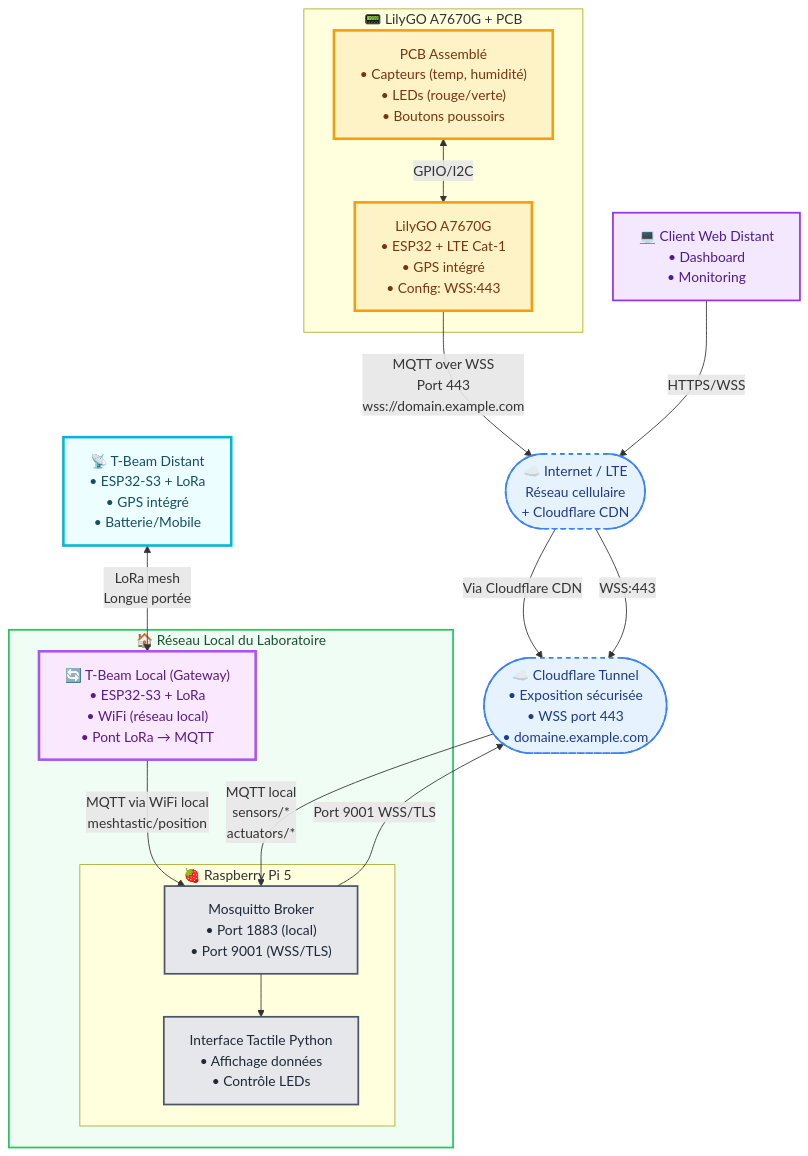
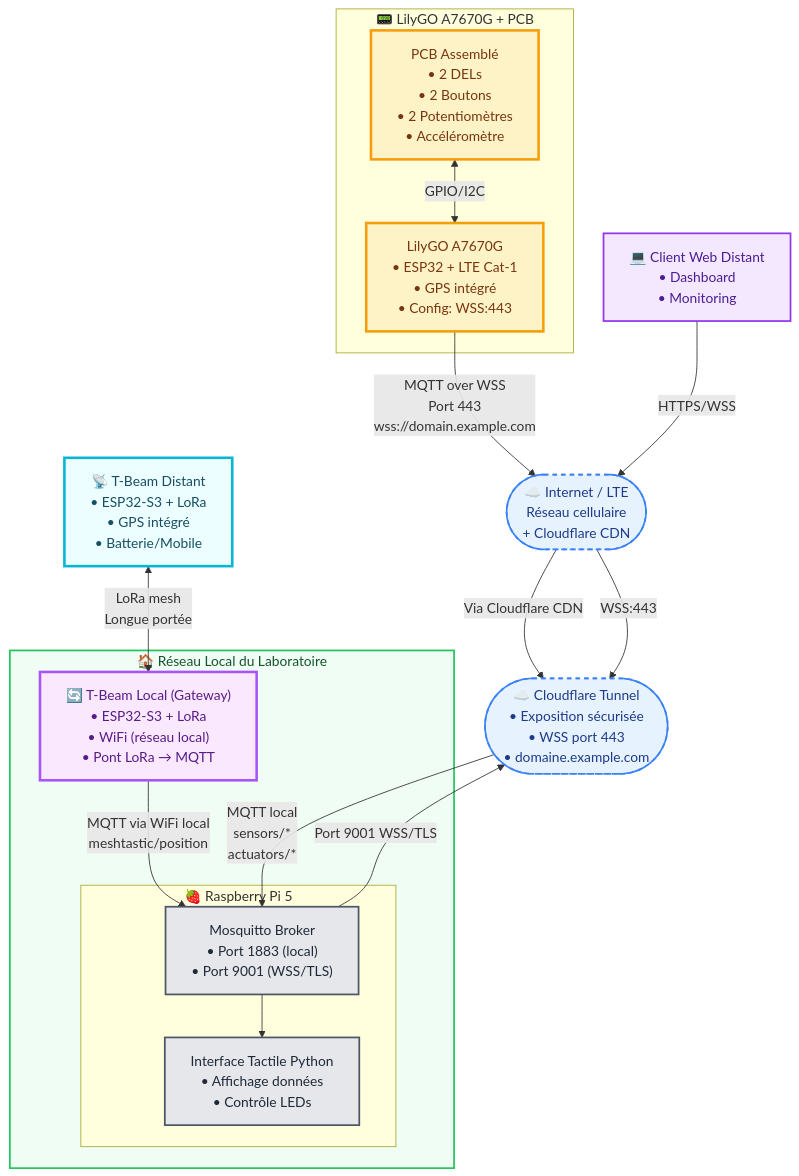
One commit to fpoisson2/243-4J5-LI changed the first of 3 diagrams in architecture-finale-projet.md. Above: the diagram before and after it, drawn with Mermaid. The commit also changed other lines of this file and 4 other files, not shown here.

````diff
--- a/architecture-finale-projet.md
+++ b/architecture-finale-projet.md
@@ -8,65 +8,65 @@
 ```mermaid
 graph TB
     subgraph Device_LTE["📟 LilyGO A7670G + PCB"]
-        PCB["PCB Assemblé<br/>• Capteurs (temp, humidité)<br/>• LEDs (rouge/verte)<br/>• Boutons poussoirs"]
+        PCB["PCB Assemblé<br/>• 2 DELs<br/>• 2 Boutons<br/>• 2 Potentiomètres<br/>• Accéléromètre"]
 
         A7670G["LilyGO A7670G<br/>• ESP32 + LTE Cat-1<br/>• GPS intégré<br/>• Config: WSS:443"]
 
         PCB <-->|GPIO/I2C| A7670G
     end
 
     TBeam_Distant["📡 T-Beam Distant<br/>• ESP32-S3 + LoRa<br/>• GPS intégré<br/>• Batterie/Mobile"]
 
     subgraph Reseau_Local["🏠 Réseau Local du Laboratoire"]
         TBeam_Local["🔄 T-Beam Local (Gateway)<br/>• ESP32-S3 + LoRa<br/>• WiFi (réseau local)<br/>• Pont LoRa → MQTT"]
 
         subgraph RaspberryPi["🍓 Raspberry Pi 5"]
             Mosquitto["Mosquitto Broker<br/>• Port 1883 (local)<br/>• Port 9001 (WSS/TLS)"]
 
             InterfaceTactile["Interface Tactile Python<br/>• Affichage données<br/>• Contrôle LEDs"]
 
             Mosquitto --> InterfaceTactile
         end
     end
 
     CloudflareTunnel(["☁️ Cloudflare Tunnel<br/>• Exposition sécurisée<br/>• WSS port 443<br/>• domaine.example.com"])
 
     Internet(["☁️ Internet / LTE<br/>Réseau cellulaire<br/>+ Cloudflare CDN"])
 
     ClientDistant["💻 Client Web Distant<br/>• Dashboard<br/>• Monitoring"]
 
     %% Flux de communication
 
     %% A7670G se connecte en WSS via Cloudflare sur Internet
     A7670G -->|"MQTT over WSS<br/>Port 443<br/>wss://domain.example.com"| Internet
     Internet -->|"Via Cloudflare CDN"| CloudflareTunnel
     CloudflareTunnel -->|"MQTT local<br/>sensors/*<br/>actuators/*"| Mosquitto
 
     %% LoRa mesh
     TBeam_Distant <-->|"LoRa mesh<br/>Longue portée"| TBeam_Local
 
     %% Gateway local et exposition via tunnel
     TBeam_Local -->|"MQTT via WiFi local<br/>meshtastic/position"| Mosquitto
     Mosquitto -->|"Port 9001 WSS/TLS"| CloudflareTunnel
 
     %% Accès client distant
     ClientDistant -->|"HTTPS/WSS"| Internet
     Internet -->|"WSS:443"| CloudflareTunnel
 
     %% Styles
     classDef lte fill:#fef3c7,stroke:#f59e0b,stroke-width:3px,color:#78350f
     classDef lora_remote fill:#ecfeff,stroke:#06b6d4,stroke-width:3px,color:#164e63
     classDef lora_local fill:#fae8ff,stroke:#a855f7,stroke-width:3px,color:#581c87
     classDef infra fill:#e5e7eb,stroke:#4b5563,stroke-width:2px,color:#1f2937
     classDef cloud fill:#e6f3ff,stroke:#3b82f6,stroke-width:2px,stroke-dasharray:5 5,color:#1e3a8a
     classDef client fill:#f3e8ff,stroke:#9333ea,stroke-width:2px,color:#4c1d95
     classDef local_net fill:#f0fdf4,stroke:#22c55e,stroke-width:2px,color:#14532d
 
     class PCB,A7670G lte
     class TBeam_Distant lora_remote
     class TBeam_Local lora_local
     class Mosquitto,InterfaceTactile infra
     class CloudflareTunnel,Internet cloud
     class ClientDistant client
     class Reseau_Local local_net
 ```
````
